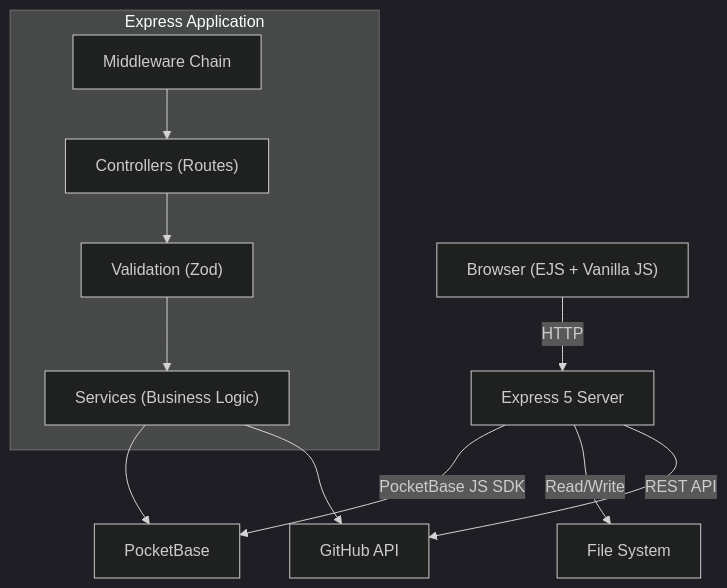
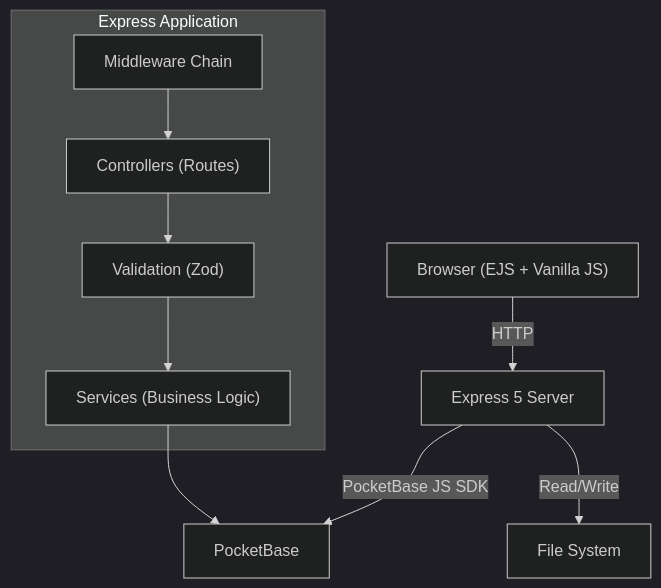
The first of 5 diagrams in docs/architecture.md (devAlphaSystem/Alpha-System-PocketDocs), drawn with Mermaid (dark theme) before and after one commit. The commit also changed other lines of this file and 31 other files, not shown here.

````diff
--- a/docs/architecture.md
+++ b/docs/architecture.md
@@ -7,24 +7,21 @@
 ```mermaid
 graph TD
     Browser["Browser (EJS + Vanilla JS)"]
     Express["Express 5 Server"]
     PB["PocketBase"]
     FS["File System"]
-    GH["GitHub API"]
 
     Browser -->|HTTP| Express
     Express -->|PocketBase JS SDK| PB
     Express -->|Read/Write| FS
-    Express -->|REST API| GH
 
     subgraph Express Application
         MW["Middleware Chain"]
         Ctrl["Controllers (Routes)"]
         Svc["Services (Business Logic)"]
         Val["Validation (Zod)"]
     end
 
     MW --> Ctrl --> Val --> Svc
     Svc --> PB
-    Svc --> GH
 ```
````
